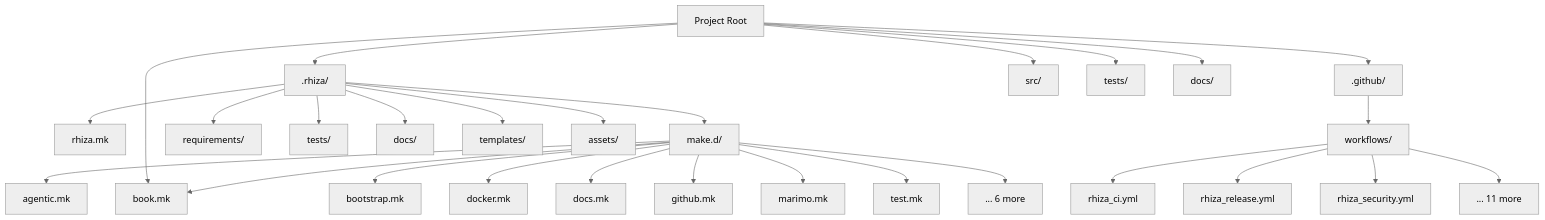
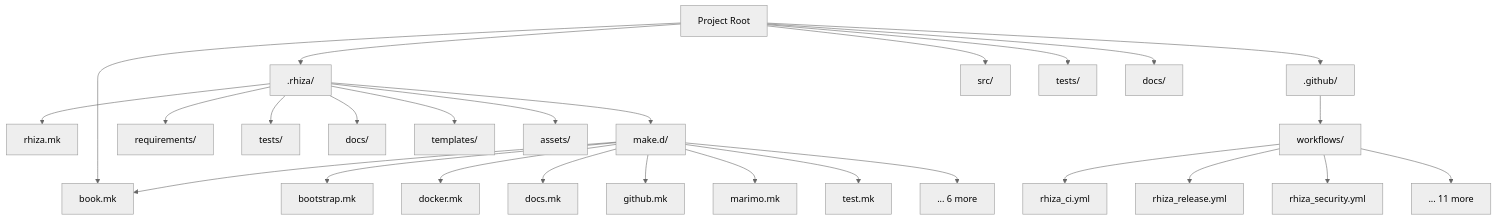
One commit to Jebel-Quant/rhiza changed the sixth of 9 diagrams in docs/reference/ARCHITECTURE.md. Above: the diagram before and after it, drawn with Mermaid (neutral theme). The commit also changed other lines of this file and 75 other files, not shown here.

````diff
--- a/docs/reference/ARCHITECTURE.md
+++ b/docs/reference/ARCHITECTURE.md
@@ -159,35 +159,34 @@
 ```mermaid
 flowchart TD
     root[Project Root]
 
     root --> rhiza[.rhiza/]
     root --> github[.github/]
     root --> src[src/]
     root --> tests[tests/]
     root --> docs[docs/]
     root --> book[book/]
 
     rhiza --> rhizamk[rhiza.mk]
     rhiza --> maked[make.d/]
     rhiza --> reqs[requirements/]
     rhiza --> rtests[tests/]
     rhiza --> rdocs[docs/]
     rhiza --> templates[templates/]
     rhiza --> assets[assets/]
 
     github --> workflows[workflows/]
     workflows --> ci[rhiza_ci.yml]
     workflows --> release[rhiza_release.yml]
     workflows --> security[rhiza_security.yml]
     workflows --> more[... 11 more]
 
-    maked --> agentic[agentic.mk]
     maked --> book[book.mk]
     maked --> bootstrap[bootstrap.mk]
     maked --> docker[docker.mk]
     maked --> docs_mk[docs.mk]
     maked --> github_mk[github.mk]
     maked --> marimo[marimo.mk]
     maked --> test[test.mk]
     maked --> more_mk[... 6 more]
 ```
````
